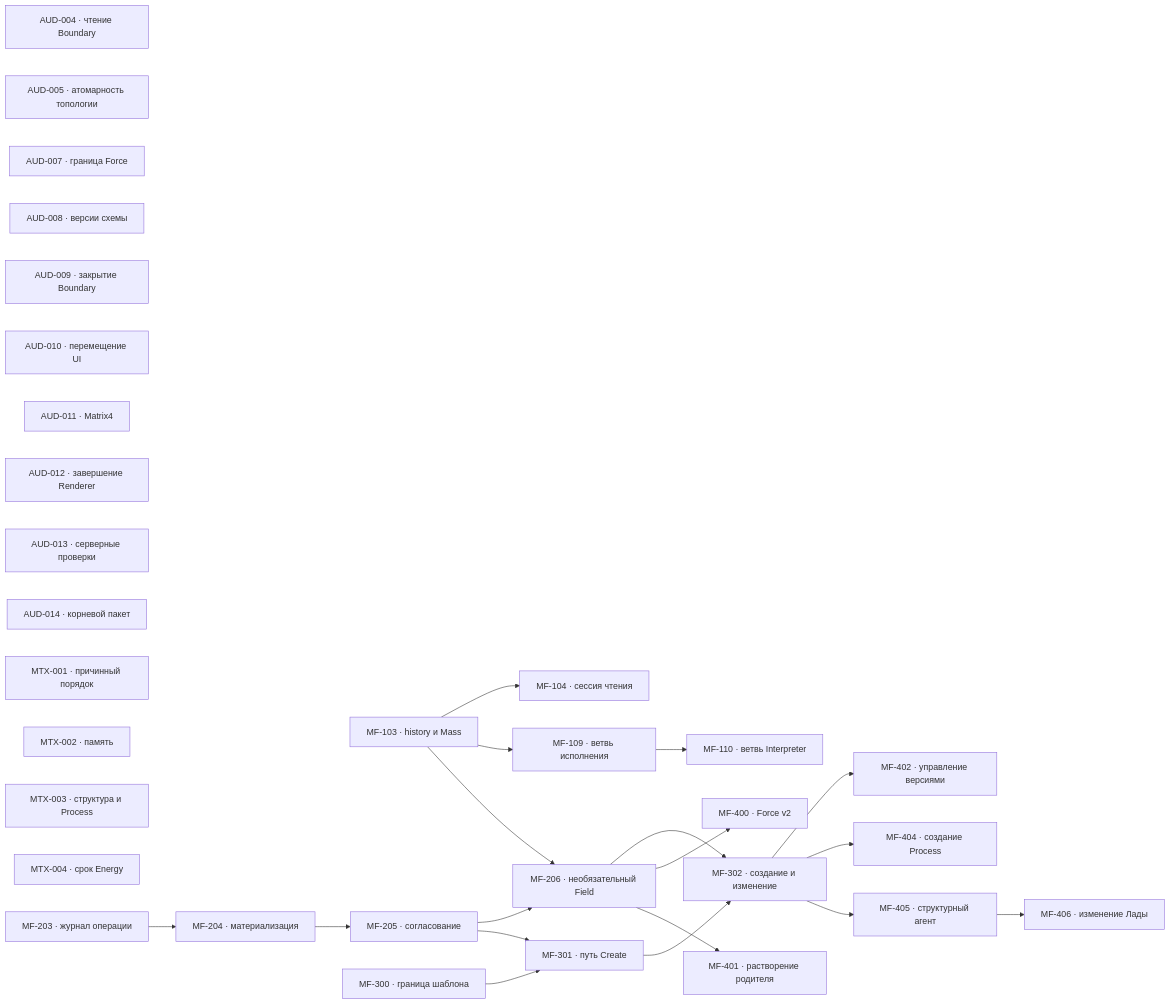
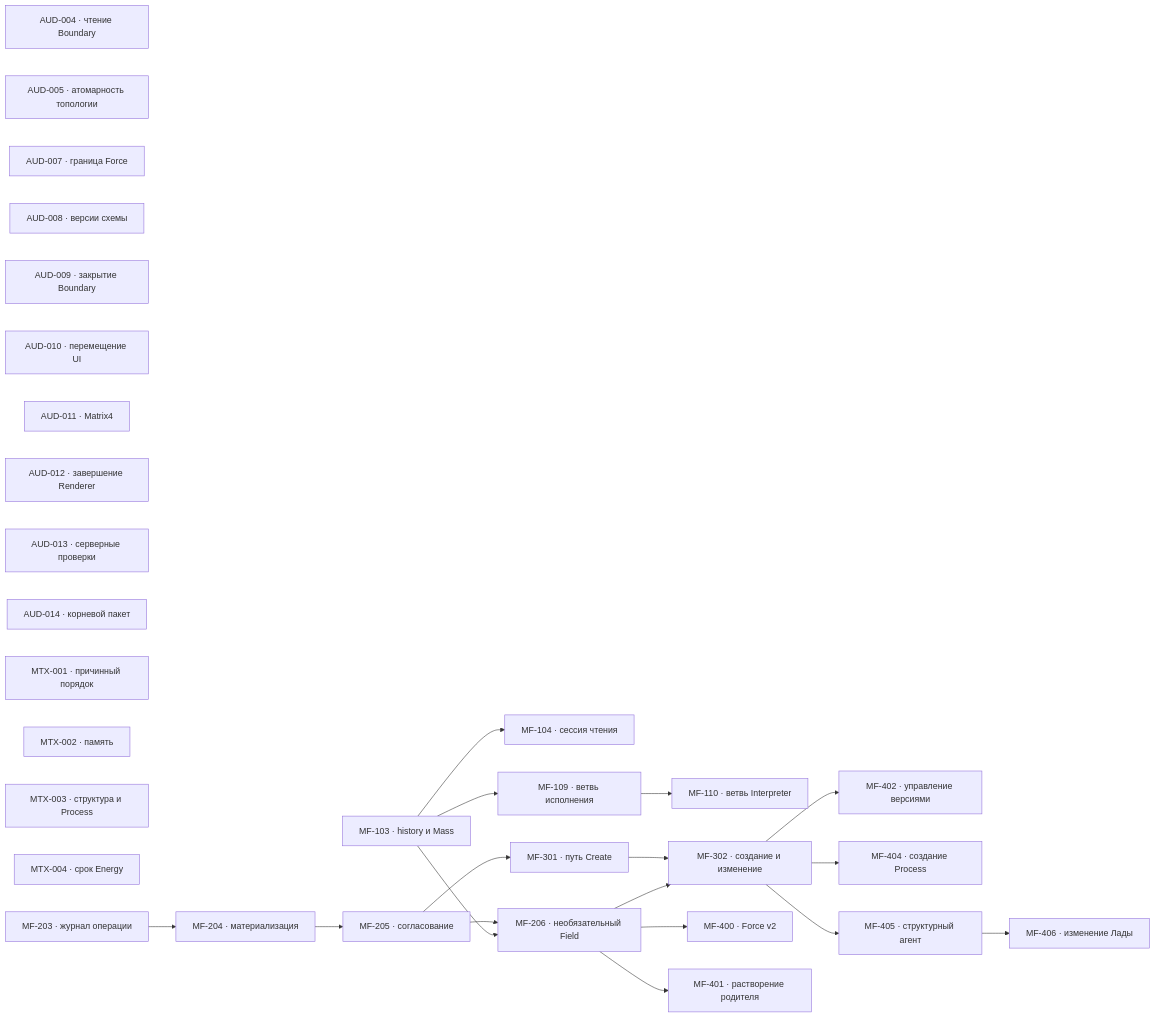
Before and after one commit to zavx0z/metafor: the diagram in project/TODO.md, drawn with Mermaid. The commit also changed other lines of this file and 1 other file, not shown here.

````diff
--- a/project/TODO.md
+++ b/project/TODO.md
@@ -13,52 +13,50 @@
 ```mermaid
 flowchart LR
     AUD004["AUD-004 · чтение Boundary"]
     AUD005["AUD-005 · атомарность топологии"]
     AUD007["AUD-007 · граница Force"]
     AUD008["AUD-008 · версии схемы"]
     AUD009["AUD-009 · закрытие Boundary"]
     AUD010["AUD-010 · перемещение UI"]
     AUD011["AUD-011 · Matrix4"]
     AUD012["AUD-012 · завершение Renderer"]
     AUD013["AUD-013 · серверные проверки"]
     AUD014["AUD-014 · корневой пакет"]
     MTX001["MTX-001 · причинный порядок"]
     MTX002["MTX-002 · память"]
     MTX003["MTX-003 · структура и Process"]
     MTX004["MTX-004 · срок Energy"]
     MF103["MF-103 · history и Mass"]
     MF104["MF-104 · сессия чтения"]
     MF109["MF-109 · ветвь исполнения"]
     MF110["MF-110 · ветвь Interpreter"]
     MF203["MF-203 · журнал операции"]
     MF204["MF-204 · материализация"]
     MF205["MF-205 · согласование"]
     MF206["MF-206 · необязательный Field"]
-    MF300["MF-300 · граница шаблона"]
     MF301["MF-301 · путь Create"]
     MF302["MF-302 · создание и изменение"]
     MF400["MF-400 · Force v2"]
     MF401["MF-401 · растворение родителя"]
     MF402["MF-402 · управление версиями"]
     MF404["MF-404 · создание Process"]
     MF405["MF-405 · структурный агент"]
     MF406["MF-406 · изменение Лады"]
 
     MF103 --> MF104
     MF103 --> MF109
     MF109 --> MF110
     MF203 --> MF204
     MF204 --> MF205
     MF205 --> MF206
     MF103 --> MF206
-    MF300 --> MF301
     MF205 --> MF301
     MF301 --> MF302
     MF206 --> MF302
     MF206 --> MF400
     MF206 --> MF401
     MF302 --> MF402
     MF302 --> MF404
     MF302 --> MF405
     MF405 --> MF406
 ```
````
